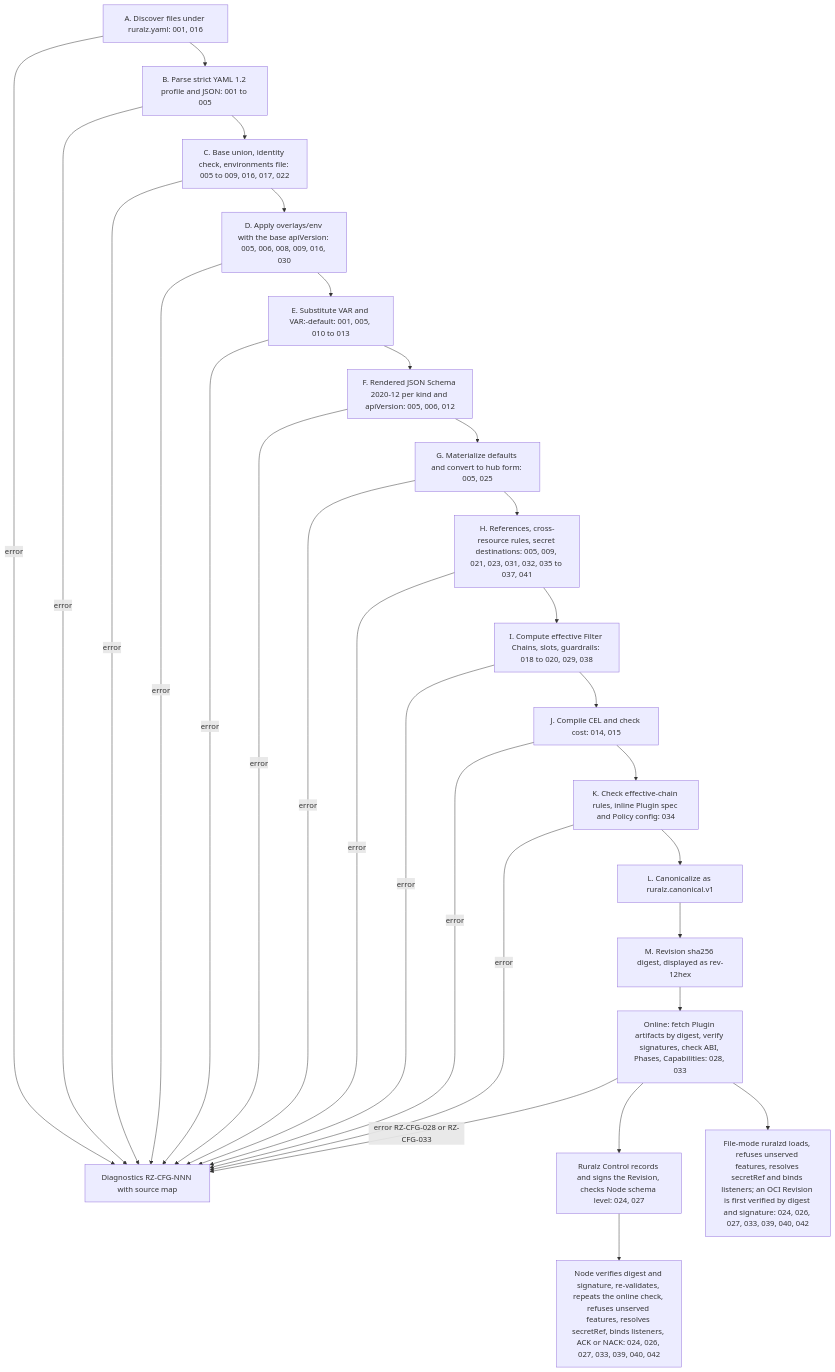
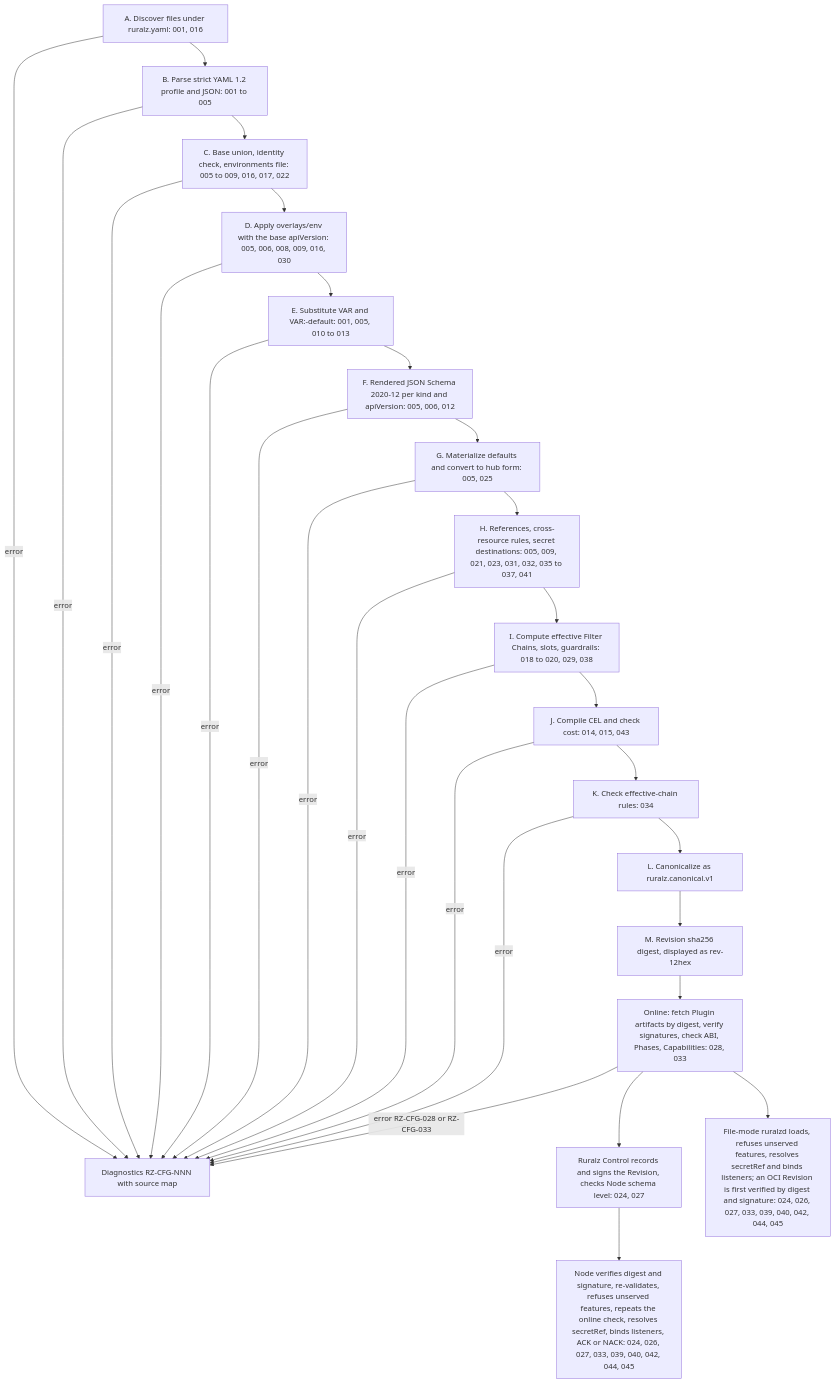
Before and after one commit to ravindu-rev/ruralz: the third of 3 diagrams in docs/architecture/02-configuration-model.md, drawn with Mermaid. The commit also changed other lines of this file and 31 other files, not shown here.

````diff
--- a/docs/architecture/02-configuration-model.md
+++ b/docs/architecture/02-configuration-model.md
@@ -867,31 +888,31 @@
 ```mermaid
 flowchart TD
     A["A. Discover files under ruralz.yaml: 001, 016"] --> B["B. Parse strict YAML 1.2 profile and JSON: 001 to 005"]
     B --> C["C. Base union, identity check, environments file: 005 to 009, 016, 017, 022"]
     C --> D["D. Apply overlays/env with the base apiVersion: 005, 006, 008, 009, 016, 030"]
     D --> E["E. Substitute VAR and VAR:-default: 001, 005, 010 to 013"]
     E --> F["F. Rendered JSON Schema 2020-12 per kind and apiVersion: 005, 006, 012"]
     F --> G["G. Materialize defaults and convert to hub form: 005, 025"]
     G --> H["H. References, cross-resource rules, secret destinations: 005, 009, 021, 023, 031, 032, 035 to 037, 041"]
     H --> I["I. Compute effective Filter Chains, slots, guardrails: 018 to 020, 029, 038"]
-    I --> J["J. Compile CEL and check cost: 014, 015"]
-    J --> K["K. Check effective-chain rules, inline Plugin spec and Policy config: 034"]
+    I --> J["J. Compile CEL and check cost: 014, 015, 043"]
+    J --> K["K. Check effective-chain rules: 034"]
     K --> L["L. Canonicalize as ruralz.canonical.v1"]
     L --> M["M. Revision sha256 digest, displayed as rev-12hex"]
     A -- error --> X["Diagnostics RZ-CFG-NNN with source map"]
     B -- error --> X
     C -- error --> X
     D -- error --> X
     E -- error --> X
     F -- error --> X
     G -- error --> X
     H -- error --> X
     I -- error --> X
     J -- error --> X
     K -- error --> X
     M --> Q["Online: fetch Plugin artifacts by digest, verify signatures, check ABI, Phases, Capabilities: 028, 033"]
     Q -- "error RZ-CFG-028 or RZ-CFG-033" --> X
     Q --> N["Ruralz Control records and signs the Revision, checks Node schema level: 024, 027"]
-    Q --> O["File-mode ruralzd loads, refuses unserved features, resolves secretRef and binds listeners; an OCI Revision is first verified by digest and signature: 024, 026, 027, 033, 039, 040, 042"]
-    N --> P["Node verifies digest and signature, re-validates, repeats the online check, refuses unserved features, resolves secretRef, binds listeners, ACK or NACK: 024, 026, 027, 033, 039, 040, 042"]
+    Q --> O["File-mode ruralzd loads, refuses unserved features, resolves secretRef and binds listeners; an OCI Revision is first verified by digest and signature: 024, 026, 027, 033, 039, 040, 042, 044, 045"]
+    N --> P["Node verifies digest and signature, re-validates, refuses unserved features, repeats the online check, resolves secretRef, binds listeners, ACK or NACK: 024, 026, 027, 033, 039, 040, 042, 044, 045"]
 ```
````
